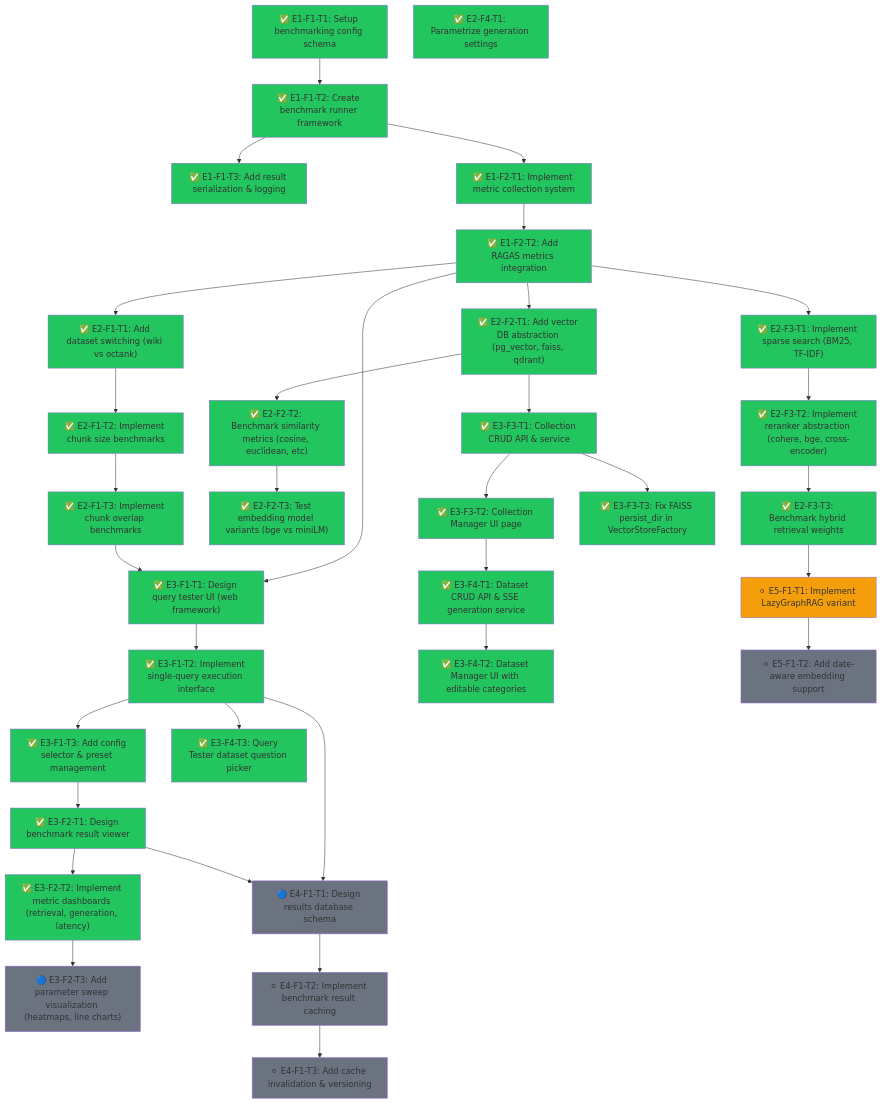
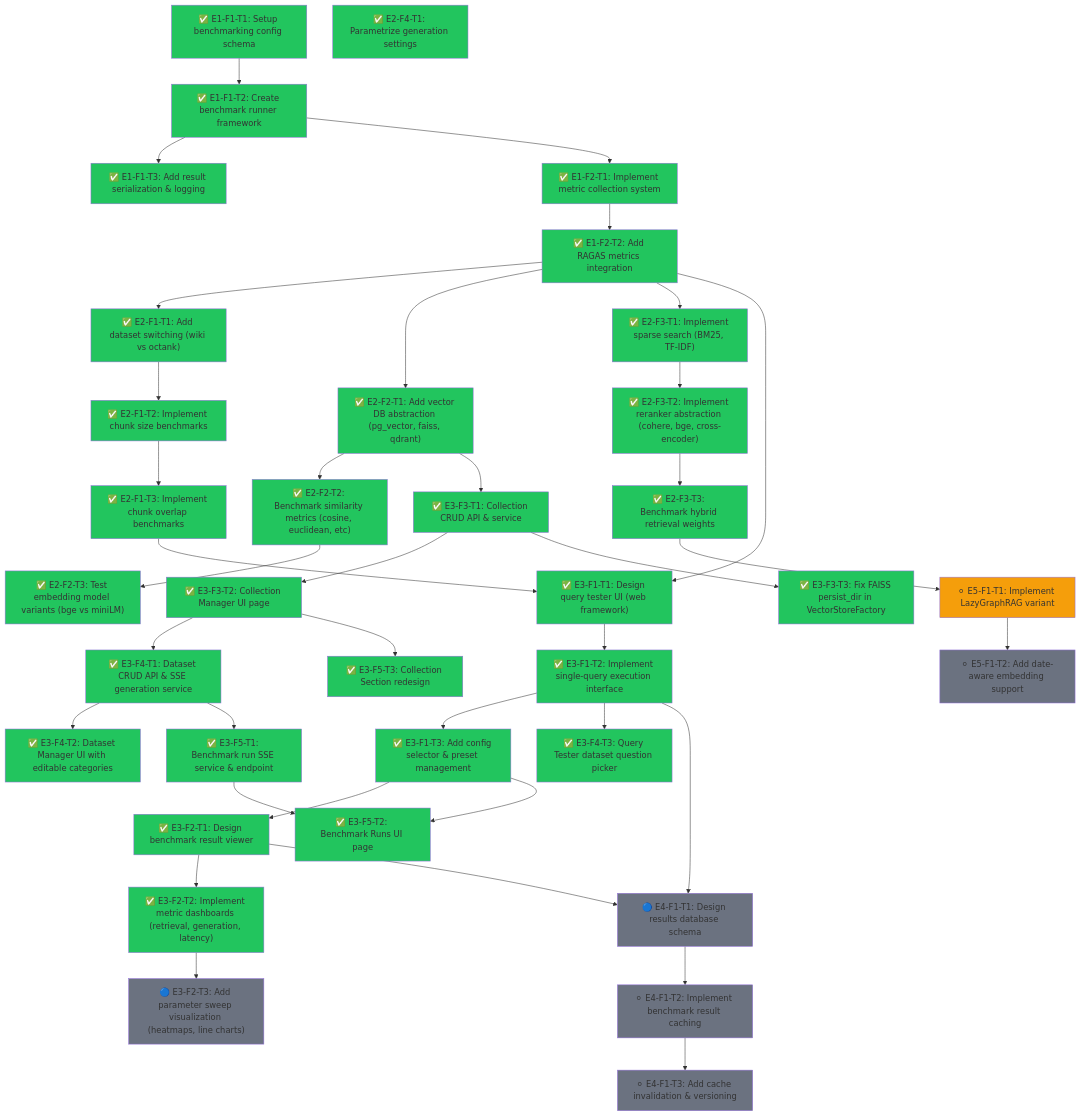
One commit to Vutiot/EvenementsRAG changed the diagram in ROADMAP.md. Above: the diagram before and after it, drawn with Mermaid. The commit also changed other lines of this file, not shown here.

First line of the commit message:
docs: update ROADMAP with E3-F5 benchmark run execution and recent refinements

```diff
--- a/ROADMAP.md
+++ b/ROADMAP.md
@@ -47,6 +47,10 @@
   E3F4T1["✅ E3-F4-T1: Dataset CRUD API & SSE generation service"]
   E3F4T2["✅ E3-F4-T2: Dataset Manager UI with editable categories"]
   E3F4T3["✅ E3-F4-T3: Query Tester dataset question picker"]
+
+  E3F5T1["✅ E3-F5-T1: Benchmark run SSE service & endpoint"]
+  E3F5T2["✅ E3-F5-T2: Benchmark Runs UI page"]
+  E3F5T3["✅ E3-F5-T3: Collection Section redesign"]
 
   E4F1T1["🔵 E4-F1-T1: Design results database schema"]
   E4F1T2["⚪ E4-F1-T2: Implement benchmark result caching"]
@@ -86,6 +90,11 @@
   E3F4T1 --> E3F4T2
   E3F1T2 --> E3F4T3
 
+  E3F4T1 --> E3F5T1
+  E3F5T1 --> E3F5T2
+  E3F1T3 --> E3F5T2
+  E3F3T2 --> E3F5T3
+
   E3F1T2 --> E4F1T1
   E3F2T1 --> E4F1T1
   E4F1T1 --> E4F1T2
@@ -121,6 +130,9 @@
   style E3F4T1 fill:#22c55e
   style E3F4T2 fill:#22c55e
   style E3F4T3 fill:#22c55e
+  style E3F5T1 fill:#22c55e
+  style E3F5T2 fill:#22c55e
+  style E3F5T3 fill:#22c55e
   style E4F1T1 fill:#6b7280
   style E4F1T2 fill:#6b7280
   style E4F1T3 fill:#6b7280
```
